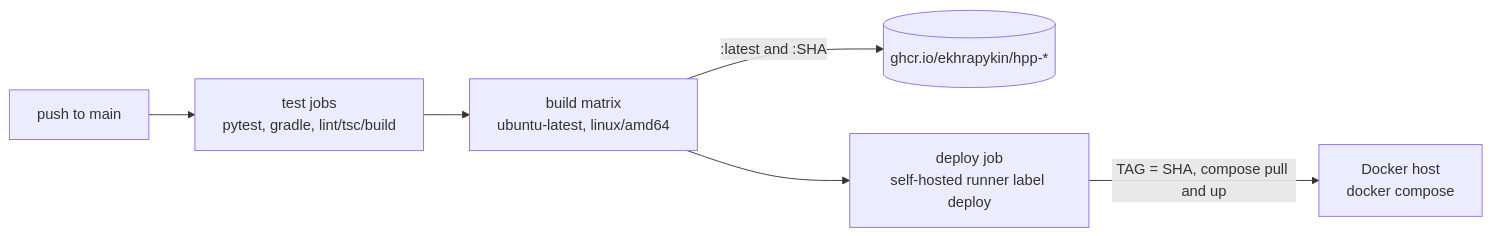
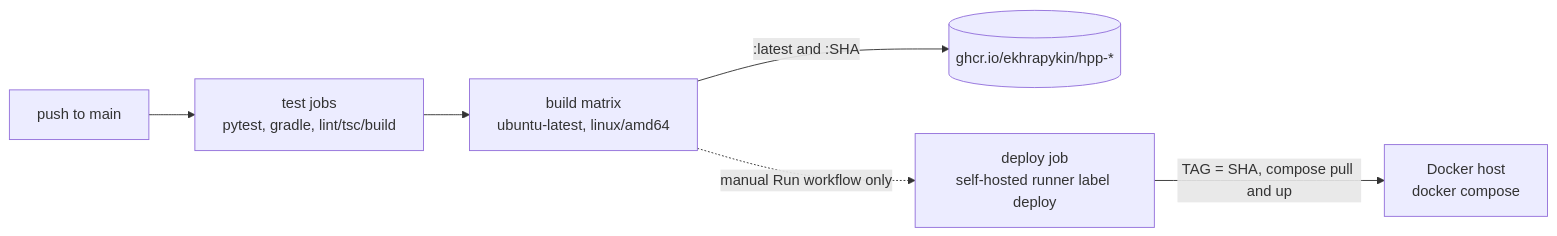
Before and after one commit to Ekhrapykin/housing-prediction-portal: the fifth of 5 diagrams in ARCHITECTURE.md, drawn with Mermaid. The commit also changed other lines of this file and 2 other files, not shown here.

Commit message:
CI/CD: deploy only on a manual run, never on push
A push to main still runs the tests and builds images to GHCR; the deploy
job now runs only when the workflow is started by hand on main.

````diff
--- a/ARCHITECTURE.md
+++ b/ARCHITECTURE.md
@@ -192,8 +192,8 @@
 ```mermaid
 flowchart LR
   P[push to main] --> T[test jobs<br/>pytest, gradle, lint/tsc/build]
   T --> BLD[build matrix<br/>ubuntu-latest, linux/amd64]
   BLD -->|:latest and :SHA| G[(ghcr.io/ekhrapykin/hpp-*)]
-  BLD --> D[deploy job<br/>self-hosted runner label deploy]
+  BLD -.manual Run workflow only.-> D[deploy job<br/>self-hosted runner label deploy]
   D -->|TAG = SHA, compose pull and up| HOST[Docker host<br/>docker compose]
 ```
````
